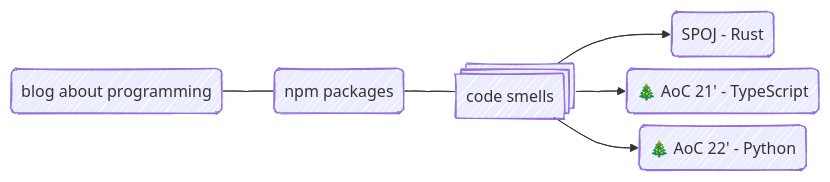
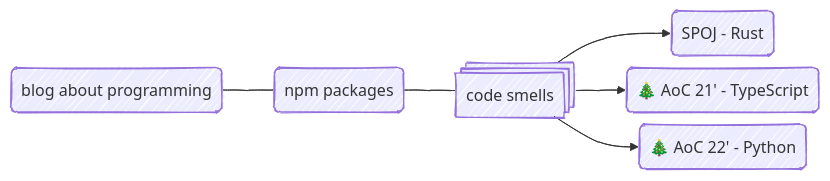
Before and after one commit to twistezo/twistezo: the diagram in README.md, drawn with Mermaid.

````diff
--- a/README.md
+++ b/README.md
@@ -1,34 +1,34 @@
 ```mermaid
 ---
 config:
   look: handDrawn
   # theme: neutral
   securityLevel: antiscript
   flowchart:
-    diagramPadding: 200
+    diagramPadding: 0
     nodeSpacing: 10
     rankSpacing: 50
     padding: 10
 ---
 flowchart LR
     BLOG(blog about programming)
     NPM(npm packages)
     CODE@{ shape: st-rect, label: "code smells"}
     A(SPOJ - Rust)
     B(🎄 AoC 21' - TypeScript)
     C(🎄 AoC 22' - Python)
 
     BLOG --- NPM --- CODE
     CODE --> A
     CODE --> B
     CODE --> C
 
     click BLOG href "https://twistezo.github.io/blog/" "Tooltip" _blank
     click NPM href "https://www.npmjs.com/~twistezo" "Tooltip" _blank
     click A href "https://github.com/twistezo/spoj-tournament" "Tooltip" _blank
     click B href "https://github.com/twistezo/advent-of-code-2021" "Tooltip" _blank
     click C href "https://github.com/twistezo/advent-of-code-2021" "Tooltip" _blank
 
     %% classDef styles fill:#fff
     %% class BLOG,NPM,CODE,A,B,C styles
 ```
````
